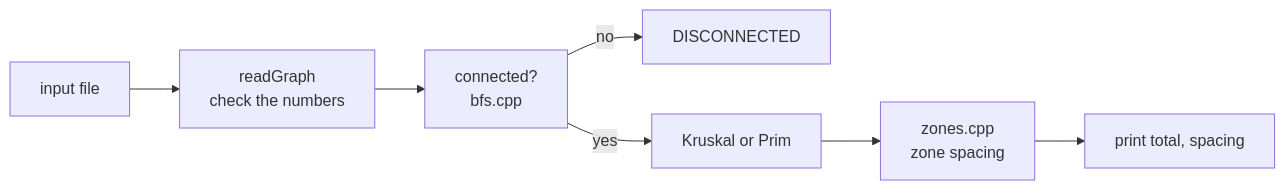
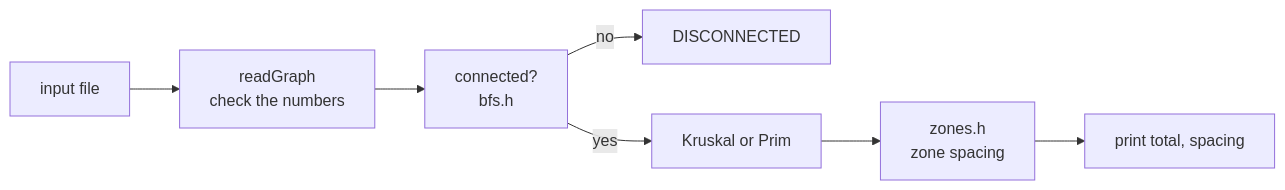
The diagram in app/README.md (rohithsuresh21/cs253-sakthi-and-team-p4), drawn with Mermaid before and after one commit. The commit also changed other lines of this file and 11 other files, not shown here.

````diff
--- a/app/README.md
+++ b/app/README.md
@@ -8,9 +8,9 @@
 ```mermaid
 flowchart LR
     A[input file] --> B[readGraph<br/>check the numbers]
-    B --> C[connected?<br/>bfs.cpp]
+    B --> C[connected?<br/>bfs.h]
     C -->|no| D[DISCONNECTED]
     C -->|yes| E[Kruskal or Prim]
-    E --> F[zones.cpp<br/>zone spacing]
+    E --> F[zones.h<br/>zone spacing]
     F --> G[print total, spacing]
 ```
````
